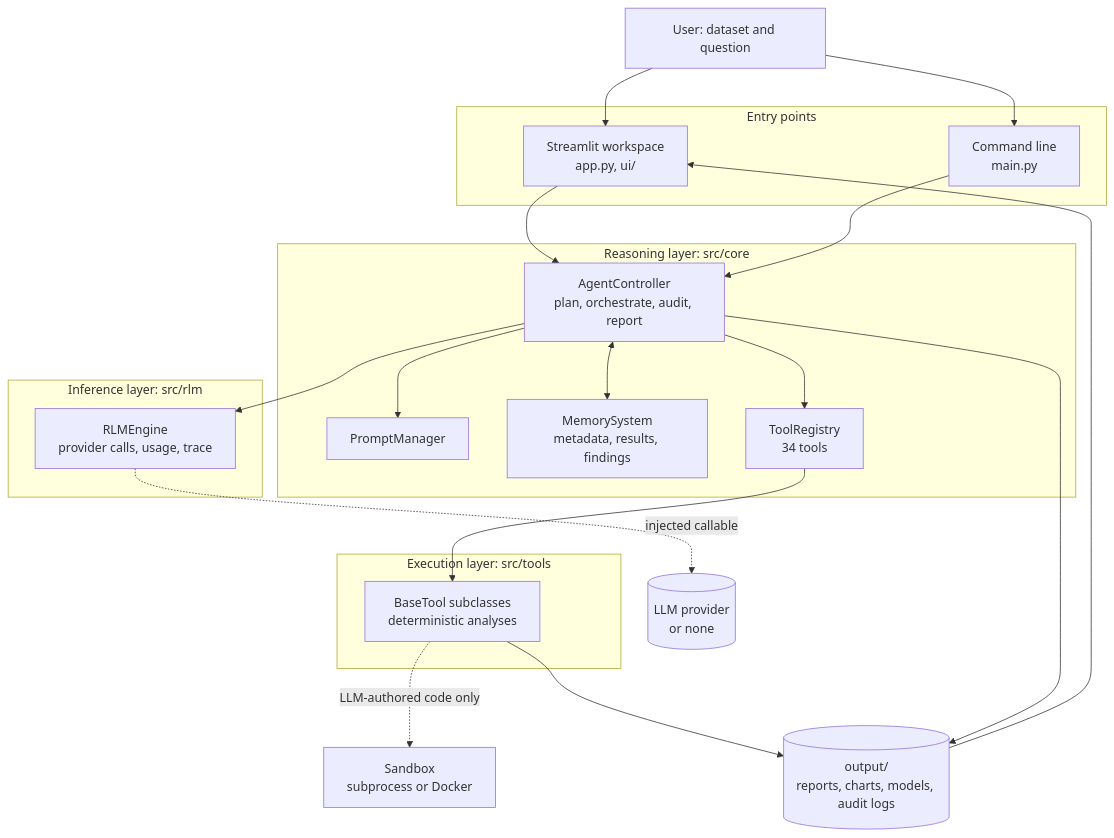
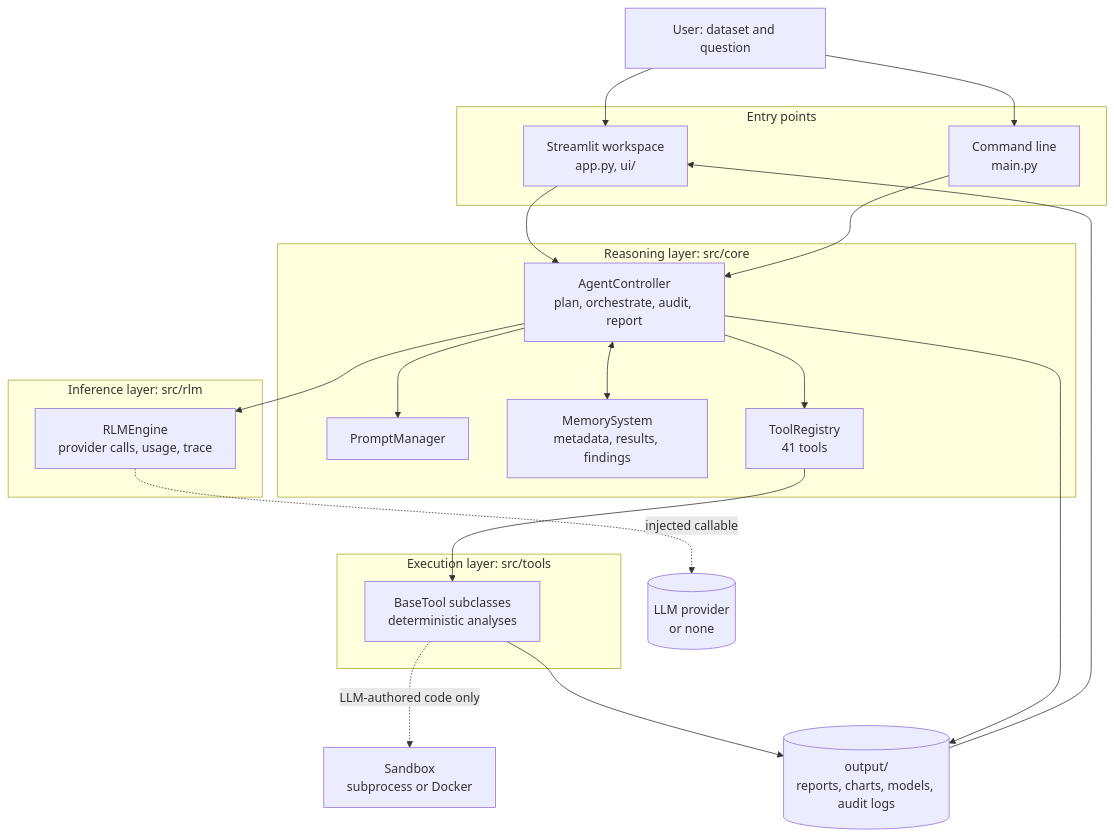
The first of 11 diagrams in README.md (shahdaksh050/Sorrel-project), drawn with Mermaid before and after one commit. The commit also changed other lines of this file, not shown here.

Commit message:
docs: update README for 41 tools, 5 workspace tabs, 10 universal archetypes, and master cockpit UI

````diff
--- a/README.md
+++ b/README.md
@@ -127,43 +128,43 @@
 ```mermaid
 flowchart TB
     user["User: dataset and question"]
 
     subgraph entry["Entry points"]
         ui["Streamlit workspace<br/>app.py, ui/"]
         cli["Command line<br/>main.py"]
     end
 
     subgraph reasoning["Reasoning layer: src/core"]
         ctrl["AgentController<br/>plan, orchestrate, audit, report"]
         prompts["PromptManager"]
         mem["MemorySystem<br/>metadata, results, findings"]
-        reg["ToolRegistry<br/>34 tools"]
+        reg["ToolRegistry<br/>41 tools"]
     end
 
     subgraph rlm["Inference layer: src/rlm"]
         engine["RLMEngine<br/>provider calls, usage, trace"]
     end
 
     subgraph exec["Execution layer: src/tools"]
         tools["BaseTool subclasses<br/>deterministic analyses"]
     end
 
     llm[("LLM provider<br/>or none")]
     sandbox["Sandbox<br/>subprocess or Docker"]
     out[("output/<br/>reports, charts, models, audit logs")]
 
     user --> ui
     user --> cli
     ui --> ctrl
     cli --> ctrl
     ctrl <--> mem
     ctrl --> prompts
     ctrl --> engine
     engine -. "injected callable" .-> llm
     ctrl --> reg
     reg --> tools
     tools -. "LLM-authored code only" .-> sandbox
     tools --> out
     ctrl --> out
     out --> ui
 ```
````
